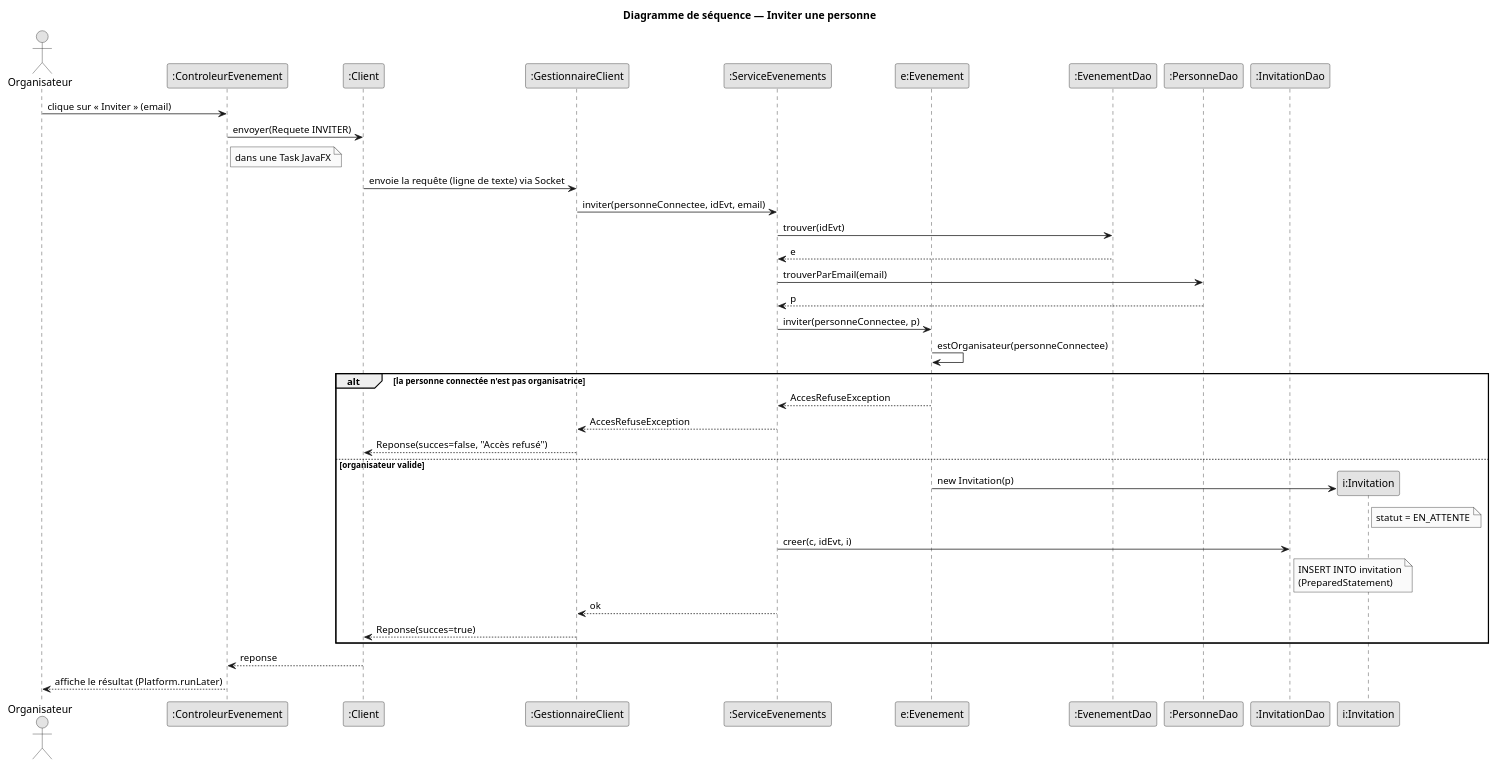
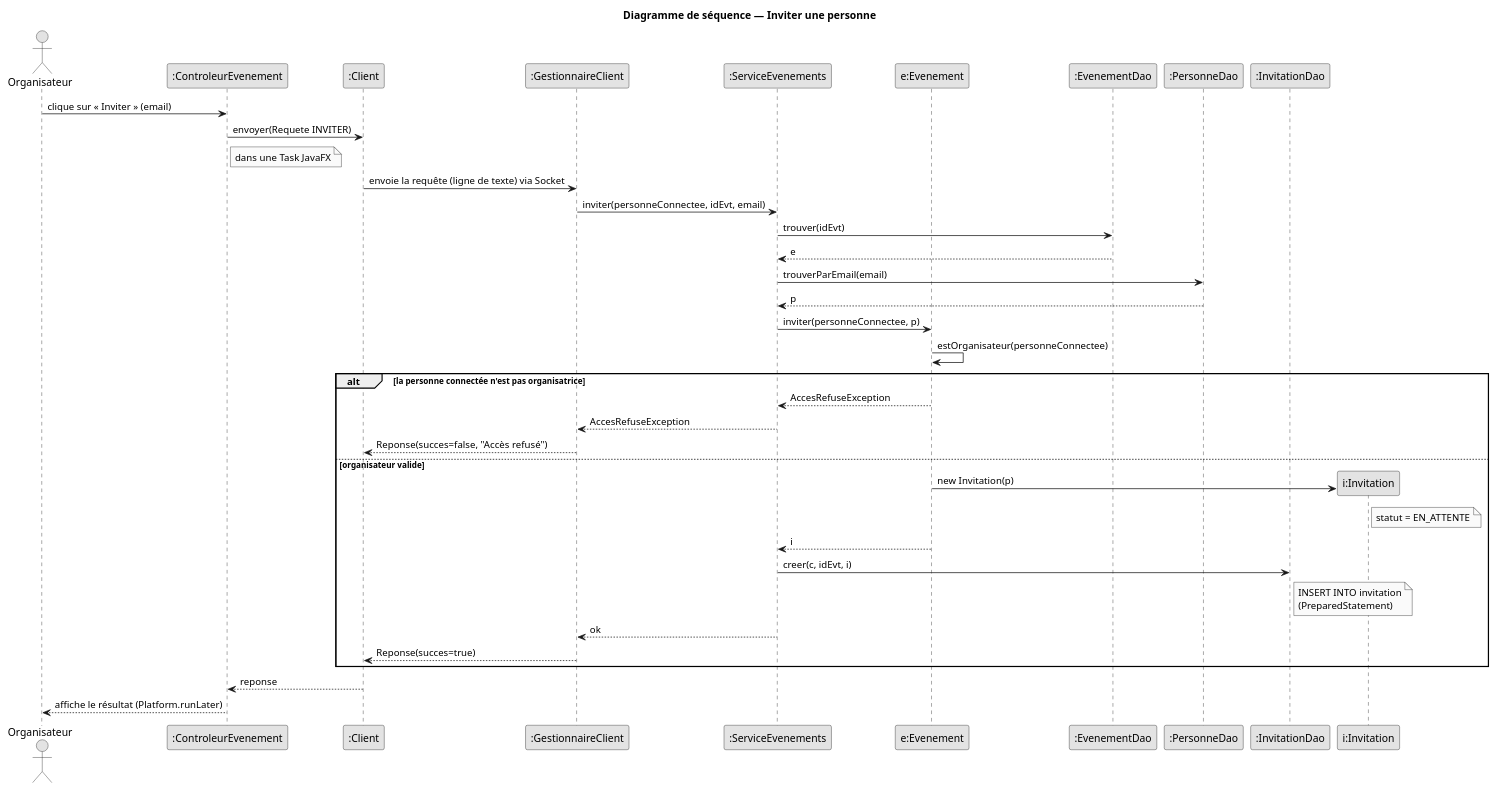
Before and after one commit to Tactiis239/gestion-event: the diagram in doc/uml/sequence-invitation.puml, drawn with PlantUML. The commit also changed 16 other files, not shown here.

```diff
--- a/doc/uml/sequence-invitation.puml
+++ b/doc/uml/sequence-invitation.puml
@@ -1,44 +1,45 @@
 @startuml sequence-invitation
 skinparam shadowing false
 skinparam monochrome true
 skinparam defaultFontName Helvetica
 
 title Diagramme de séquence — Inviter une personne
 
 actor Organisateur
 participant ":ControleurEvenement" as IHM
 participant ":Client" as C
 participant ":GestionnaireClient" as GC
 participant ":ServiceEvenements" as S
 participant "e:Evenement" as E
 participant ":EvenementDao" as D
 participant ":PersonneDao" as P
 participant ":InvitationDao" as ID
 
 Organisateur -> IHM : clique sur « Inviter » (email)
 IHM -> C : envoyer(Requete INVITER)
 note right of IHM : dans une Task JavaFX
 C -> GC : envoie la requête (ligne de texte) via Socket
 GC -> S : inviter(personneConnectee, idEvt, email)
 S -> D : trouver(idEvt)
 D --> S : e
 S -> P : trouverParEmail(email)
 P --> S : p
 S -> E : inviter(personneConnectee, p)
 E -> E : estOrganisateur(personneConnectee)
 alt la personne connectée n'est pas organisatrice
   E --> S : AccesRefuseException
   S --> GC : AccesRefuseException
   GC --> C : Reponse(succes=false, "Accès refusé")
 else organisateur valide
   create participant "i:Invitation" as I
   E -> I : new Invitation(p)
   note right of I : statut = EN_ATTENTE
+  E --> S : i
   S -> ID : creer(c, idEvt, i)
   note right of ID : INSERT INTO invitation\n(PreparedStatement)
   S --> GC : ok
   GC --> C : Reponse(succes=true)
 end
 C --> IHM : reponse
 IHM --> Organisateur : affiche le résultat (Platform.runLater)
 @enduml
```
